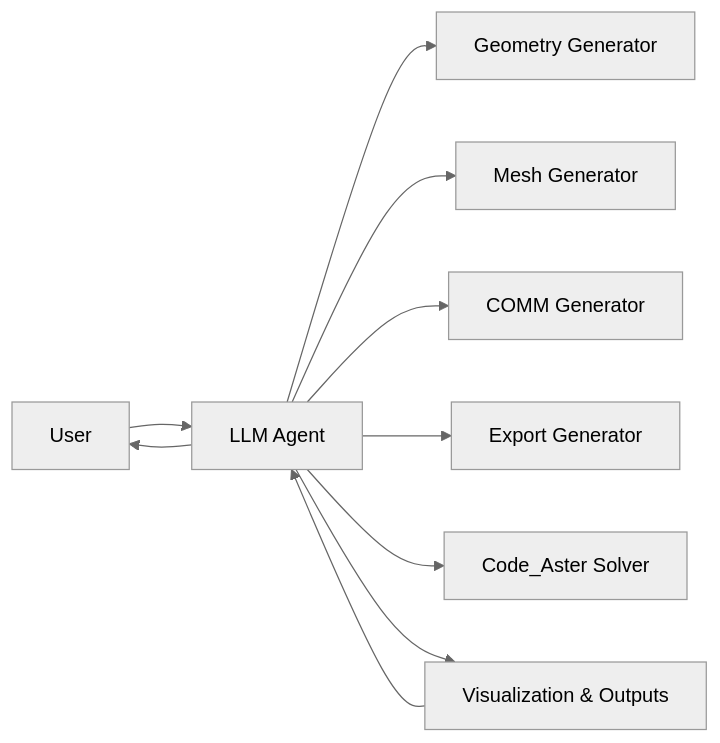
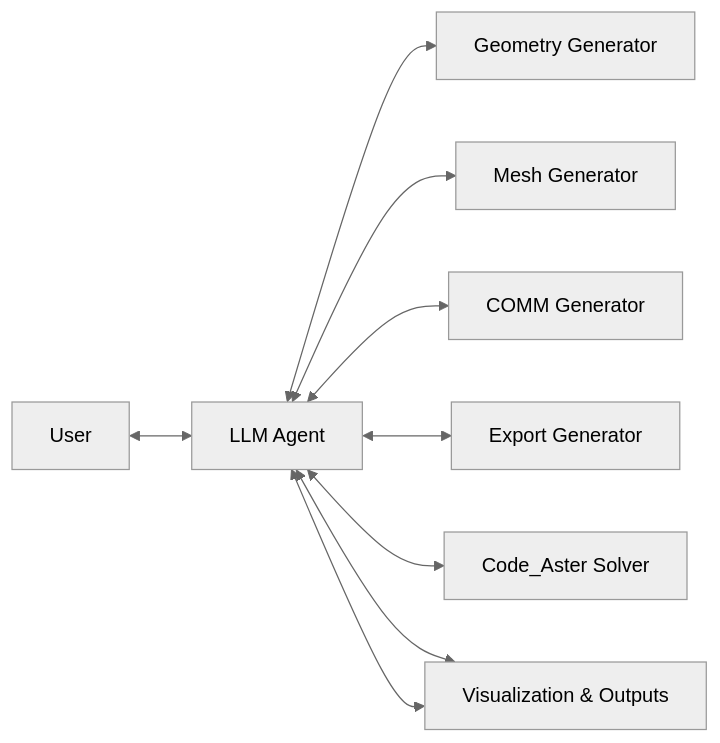
The diagram in README.md (AmirYarmhmdi/codeaster-llm-agent-showcase), drawn with Mermaid (neutral theme) before and after one commit.

````diff
--- a/README.md
+++ b/README.md
@@ -150,13 +150,12 @@
 ```mermaid
 graph LR
-    A[User] --> B[LLM Agent]
+    A[User] <--> B[LLM Agent]
     
-    B --> G[Geometry Generator]
-    B --> M[Mesh Generator]
-    B --> D[COMM Generator]
-    B --> E[Export Generator]
-    B --> F[Code_Aster Solver]
-    B --> H[Visualization & Outputs]
-    H --> B[LLM Agent]
-    B --> A[User]
+    B <--> G[Geometry Generator]
+    B <--> M[Mesh Generator]
+    B <--> D[COMM Generator]
+    B <--> E[Export Generator]
+    B <--> F[Code_Aster Solver]
+    B <--> H[Visualization & Outputs]
+    H <--> B[LLM Agent]
 ```
````
